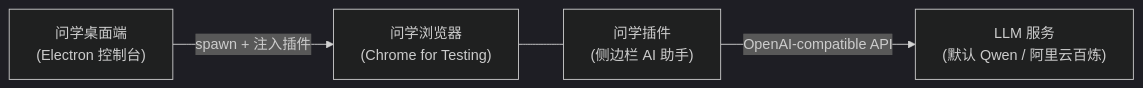
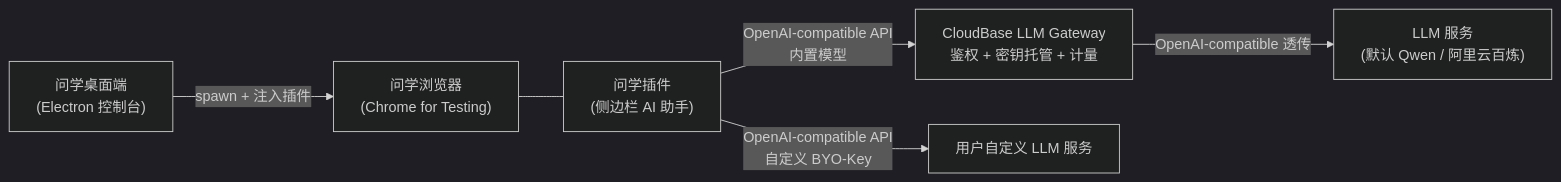
The first of 2 diagrams in .project.agents/docs/context/PRD.md (SmartSunruiyang/WenXue), drawn with Mermaid (dark theme) before and after one commit. The commit also changed other lines of this file and 73 other files, not shown here.

Commit message:
feat(infra): add CloudBase LLM gateway flow

````diff
--- a/.project.agents/docs/context/PRD.md
+++ b/.project.agents/docs/context/PRD.md
@@ -40,6 +40,8 @@
 ```mermaid
 flowchart LR
     A["问学桌面端<br/>(Electron 控制台)"] -- "spawn + 注入插件" --> B["问学浏览器<br/>(Chrome for Testing)"]
     B --- C["问学插件<br/>(侧边栏 AI 助手)"]
-    C -- "OpenAI-compatible API" --> D["LLM 服务<br/>(默认 Qwen / 阿里云百炼)"]
+    C -- "OpenAI-compatible API<br/>内置模型" --> G["CloudBase LLM Gateway<br/>鉴权 + 密钥托管 + 计量"]
+    G -- "OpenAI-compatible 透传" --> D["LLM 服务<br/>(默认 Qwen / 阿里云百炼)"]
+    C -- "OpenAI-compatible API<br/>自定义 BYO-Key" --> E["用户自定义 LLM 服务"]
 ```
````
